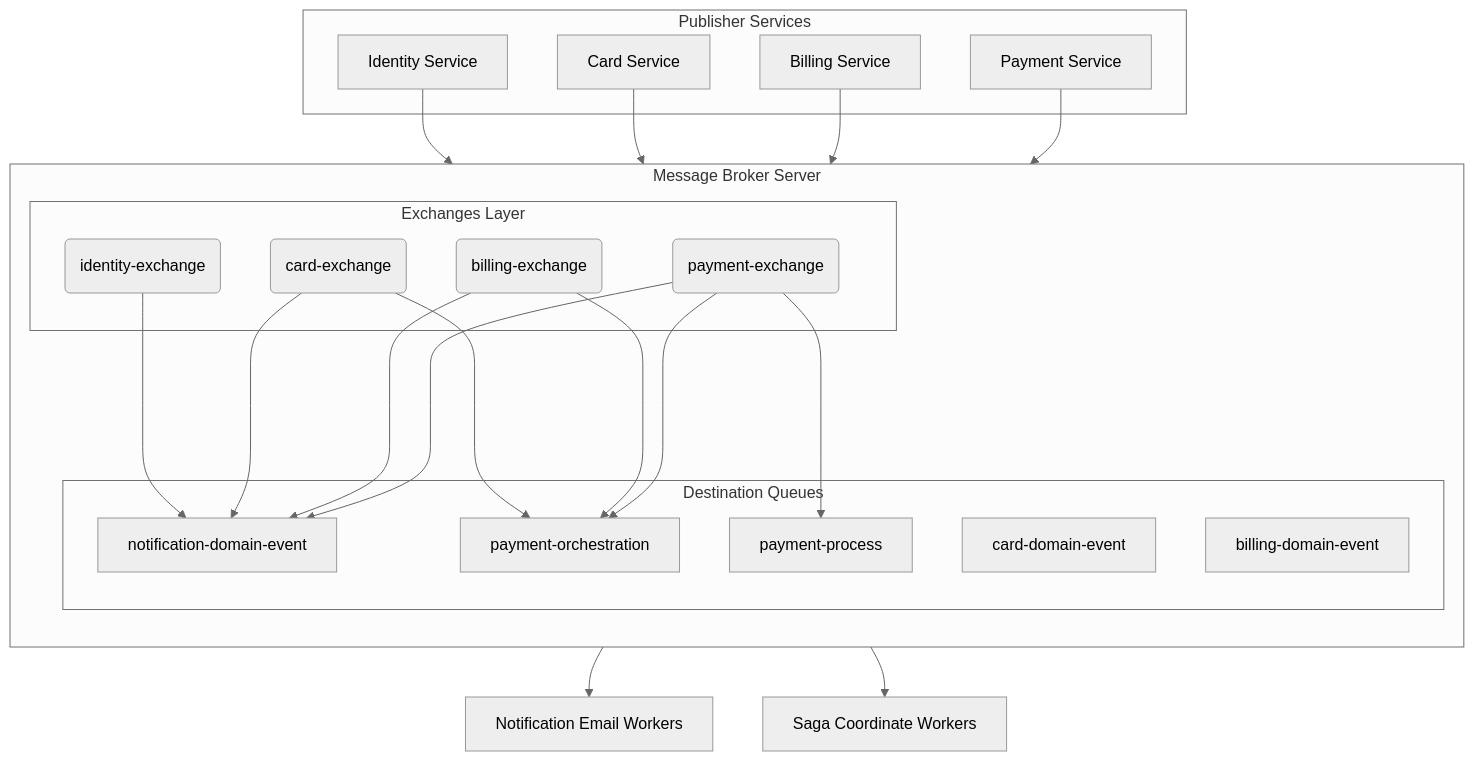
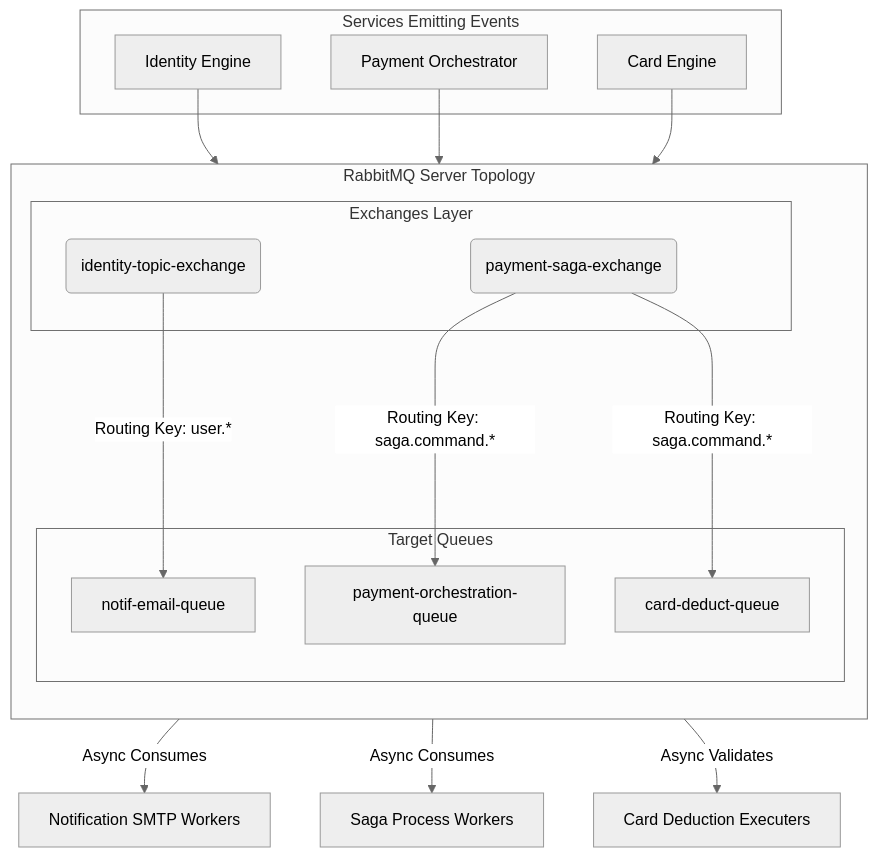
The fifth of 13 diagrams in src/docs/LLD.md (TirtharajBarma/cred-vault), drawn with Mermaid (neutral theme) before and after one commit. The commit also changed other lines of this file and 102 other files, not shown here.

````diff
--- a/src/docs/LLD.md
+++ b/src/docs/LLD.md
@@ -359,48 +234,40 @@
 ```mermaid
 flowchart TB
-    %% Services 
-    subgraph Publisher Services
-        IS[Identity Service]
-        CS[Card Service]
-        BS[Billing Service]
-        PS[Payment Service]
+    %% Core Engines
+    subgraph Publisher_Services [Services Emitting Events]
+        IS[Identity Engine]
+        CS[Card Engine]
+        PS[Payment Orchestrator]
     end
 
-    %% Broker
-    subgraph Message Broker Server
+    %% Message Bus Server
+    subgraph Broker [RabbitMQ Server Topology]
         direction TB
         
-        %% Exchanges
+        %% Topic Exchanges
         subgraph Exchanges Layer
-            E_ID(identity-exchange)
-            E_CARD(card-exchange)
-            E_BILL(billing-exchange)
-            E_PAY(payment-exchange)
+            E_ID(identity-topic-exchange)
+            E_PAY(payment-saga-exchange)
         end
         
-        %% Queues
-        subgraph Destination Queues
-            Q_NOTIF[notification-domain-event]
-            Q_CARD[card-domain-event]
-            Q_BILL[billing-domain-event]
-            Q_SAGA[payment-orchestration]
-            Q_PROC[payment-process]
+        %% Queue Binding
+        subgraph Target Queues
+            Q_NOTIF[notif-email-queue]
+            Q_SAGA[payment-orchestration-queue]
+            Q_PROC[card-deduct-queue]
         end
 
-        %% Routing
-        E_ID ---> Q_NOTIF
-        E_CARD ---> Q_NOTIF & Q_SAGA
-        E_BILL ---> Q_NOTIF & Q_SAGA
-        E_PAY ---> Q_SAGA & Q_PROC & Q_NOTIF
+        E_ID --->|Routing Key: user.*| Q_NOTIF
+        E_PAY --->|Routing Key: saga.command.*| Q_SAGA & Q_PROC
     end
 
-    %% Maps
+    %% Emitting Connections
     IS --> E_ID
-    CS --> E_CARD
-    BS --> E_BILL
     PS --> E_PAY
+    CS --> E_PAY
 
-    %% Consumers
-    Q_NOTIF --> NS[Notification Email Workers]
-    Q_SAGA --> SG[Saga Coordinate Workers]
+    %% Consumption Workers
+    Q_NOTIF -->|Async Consumes| NS[Notification SMTP Workers]
+    Q_SAGA -->|Async Consumes| SG[Saga Process Workers]
+    Q_PROC -->|Async Validates| CA[Card Deduction Executers]
 ```
````
